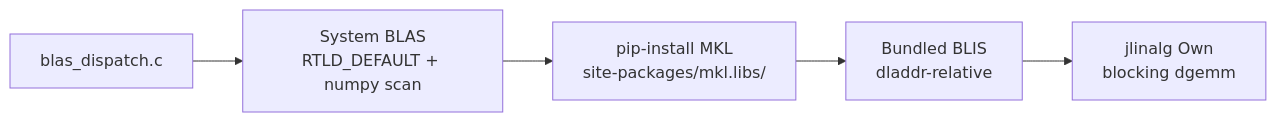
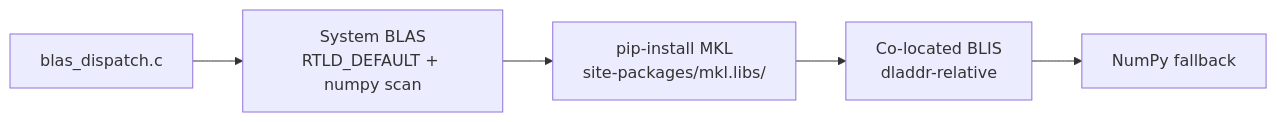
The second of 2 diagrams in docs/JLINALG_ARCHITECTURE.md (michael-denyer/jamma), drawn with Mermaid before and after one commit. The commit also changed other lines of this file and 136 other files, not shown here.

First line of the commit message:
refactor: strip JAX and own-BLAS, simplify to NumPy-only architecture

````diff
--- a/docs/JLINALG_ARCHITECTURE.md
+++ b/docs/JLINALG_ARCHITECTURE.md
@@ -31,7 +28,7 @@
 ```mermaid
 graph LR
     A["blas_dispatch.c"] --> B["System BLAS<br/>RTLD_DEFAULT + numpy scan"]
     B --> C["pip-install MKL<br/>site-packages/mkl.libs/"]
-    C --> D["Bundled BLIS<br/>dladdr-relative"]
-    D --> E["jlinalg Own<br/>blocking dgemm"]
+    C --> D["Co-located BLIS<br/>dladdr-relative"]
+    D --> E["NumPy fallback"]
 ```
````
